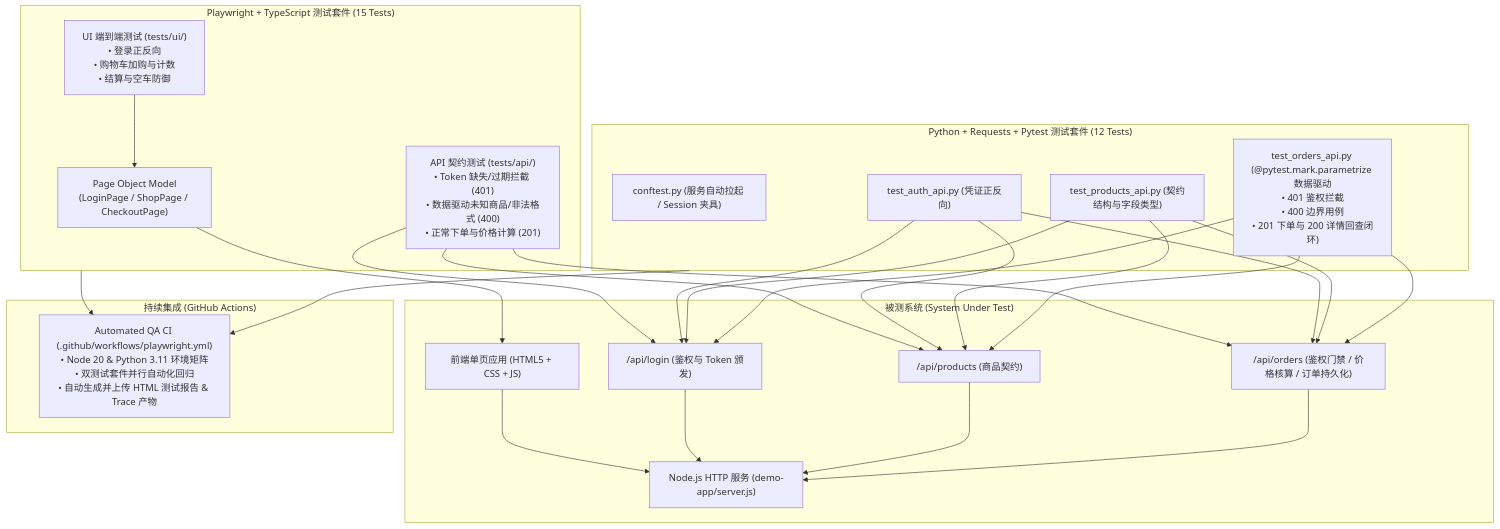
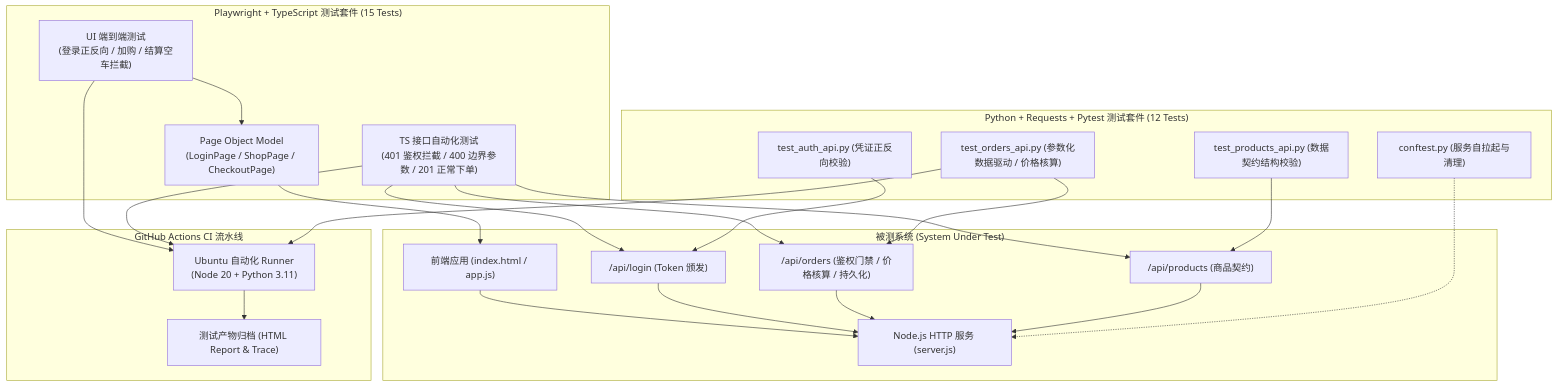
One commit to orimni/qa-playwright-starter changed the diagram in README.md. Above: the diagram before and after it, drawn with Mermaid.

Commit message:
docs: fix Mermaid diagram syntax for GitHub renderer

````diff
--- a/README.md
+++ b/README.md
@@ -16,39 +16,49 @@
 ```mermaid
 flowchart TD
-    subgraph SUT["被测系统 (System Under Test)"]
-        Server["Node.js HTTP 服务 (demo-app/server.js)"]
-        FE["前端单页应用 (HTML5 + CSS + JS)"]
-        API1["/api/login (鉴权与 Token 颁发)"]
-        API2["/api/products (商品契约)"]
-        API3["/api/orders (鉴权门禁 / 价格核算 / 订单持久化)"]
+    subgraph SUT ["被测系统 (System Under Test)"]
+        Server["Node.js HTTP 服务 (server.js)"]
+        App["前端应用 (index.html / app.js)"]
+        AuthAPI["/api/login (Token 颁发)"]
+        OrderAPI["/api/orders (鉴权门禁 / 价格核算 / 持久化)"]
+        ProdAPI["/api/products (商品契约)"]
+        
+        App --> Server
+        AuthAPI --> Server
+        OrderAPI --> Server
+        ProdAPI --> Server
     end
 
-    subgraph PlaywrightSuite["Playwright + TypeScript 测试套件 (15 Tests)"]
-        POM["Page Object Model\n(LoginPage / ShopPage / CheckoutPage)"]
-        UITests["UI 端到端测试 (tests/ui/)\n• 登录正反向\n• 购物车加购与计数\n• 结算与空车防御"]
-        APITests["API 契约测试 (tests/api/)\n• Token 缺失/过期拦截 (401)\n• 数据驱动未知商品/非法格式 (400)\n• 正常下单与价格计算 (201)"]
+    subgraph TS_Tests ["Playwright + TypeScript 测试套件 (15 Tests)"]
+        POM["Page Object Model<br/>(LoginPage / ShopPage / CheckoutPage)"]
+        UITest["UI 端到端测试<br/>(登录正反向 / 加购 / 结算空车拦截)"]
+        APITest["TS 接口自动化测试<br/>(401 鉴权拦截 / 400 边界参数 / 201 正常下单)"]
+        
+        UITest --> POM
+        POM --> App
+        APITest --> AuthAPI
+        APITest --> OrderAPI
+        APITest --> ProdAPI
     end
 
-    subgraph PytestSuite["Python + Requests + Pytest 测试套件 (12 Tests)"]
-        PyConftest["conftest.py (服务自动拉起 / Session 夹具)"]
-        PyAuth["test_auth_api.py (凭证正反向)"]
-        PyProd["test_products_api.py (契约结构与字段类型)"]
-        PyOrders["test_orders_api.py (@pytest.mark.parametrize 数据驱动\n• 401 鉴权拦截\n• 400 边界用例\n• 201 下单与 200 详情回查闭环)"]
+    subgraph PY_Tests ["Python + Requests + Pytest 测试套件 (12 Tests)"]
+        PyFixture["conftest.py (服务自拉起与清理)"]
+        PyAuthTest["test_auth_api.py (凭证正反向校验)"]
+        PyOrderTest["test_orders_api.py (参数化数据驱动 / 价格核算)"]
+        PyProdTest["test_products_api.py (数据契约结构校验)"]
+        
+        PyAuthTest --> AuthAPI
+        PyOrderTest --> OrderAPI
+        PyProdTest --> ProdAPI
+        PyFixture -.-> Server
     end
 
-    subgraph CI["持续集成 (GitHub Actions)"]
-        GHA["Automated QA CI (.github/workflows/playwright.yml)\n• Node 20 & Python 3.11 环境矩阵\n• 双测试套件并行自动化回归\n• 自动生成并上传 HTML 测试报告 & Trace 产物"]
+    subgraph CI_Pipeline ["GitHub Actions CI 流水线"]
+        Runner["Ubuntu 自动化 Runner<br/>(Node 20 + Python 3.11)"]
+        Artifacts["测试产物归档 (HTML Report & Trace)"]
+        Runner --> Artifacts
     end
 
-    FE --> Server
-    API1 --> Server
-    API2 --> Server
-    API3 --> Server
-
-    UITests --> POM --> FE
-    APITests --> API1 & API2 & API3
-    PyAuth & PyProd & PyOrders --> API1 & API2 & API3
-
-    PlaywrightSuite --> GHA
-    PytestSuite --> GHA
+    UITest --> Runner
+    APITest --> Runner
+    PyOrderTest --> Runner
 ```
````
